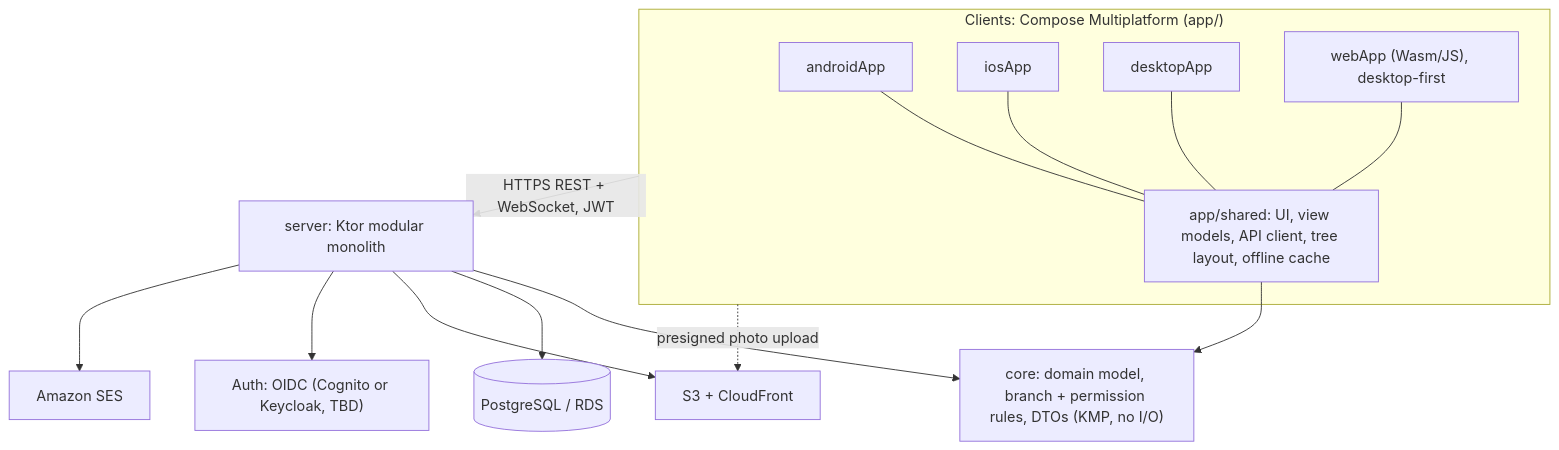
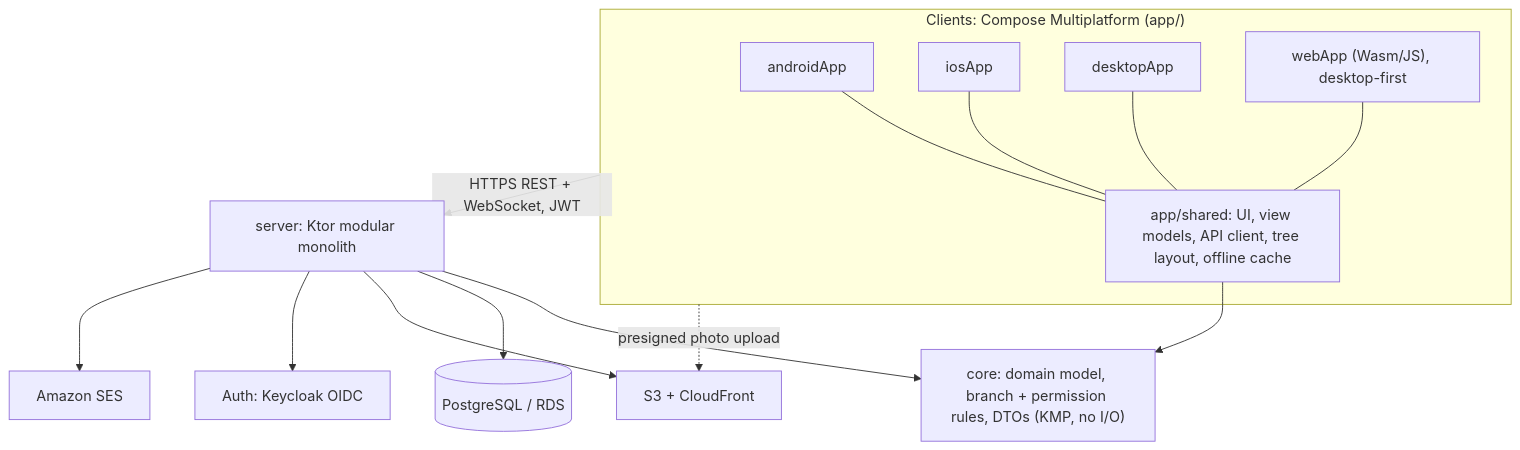
One commit to jlvarona/family-tree changed the diagram in ARCHITECTURE.md. Above: the diagram before and after it, drawn with Mermaid. The commit also changed other lines of this file and 3 other files, not shown here.

````diff
--- a/ARCHITECTURE.md
+++ b/ARCHITECTURE.md
@@ -11,18 +11,18 @@
 ```mermaid
 flowchart TB
   subgraph Clients["Clients: Compose Multiplatform (app/)"]
     A[androidApp] --- S
     I[iosApp] --- S
     D[desktopApp] --- S
     W["webApp (Wasm/JS), desktop-first"] --- S
     S["app/shared: UI, view models, API client, tree layout, offline cache"]
   end
   S --> C["core: domain model, branch + permission rules, DTOs (KMP, no I/O)"]
   Clients -- "HTTPS REST + WebSocket, JWT" --> B["server: Ktor modular monolith"]
   B --> C
   B --> PG[(PostgreSQL / RDS)]
   B --> S3[S3 + CloudFront]
-  B --> AU["Auth: OIDC (Cognito or Keycloak, TBD)"]
+  B --> AU["Auth: Keycloak OIDC"]
   B --> SES[Amazon SES]
   Clients -. presigned photo upload .-> S3
 ```
````
